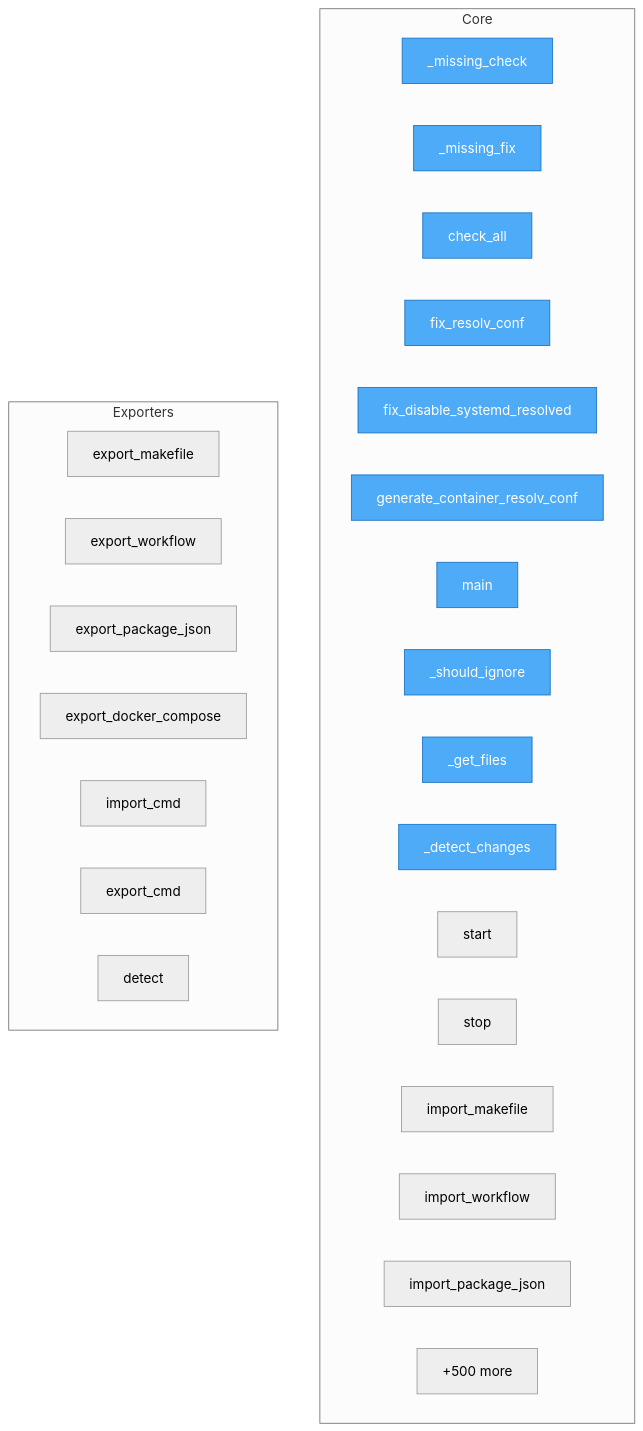
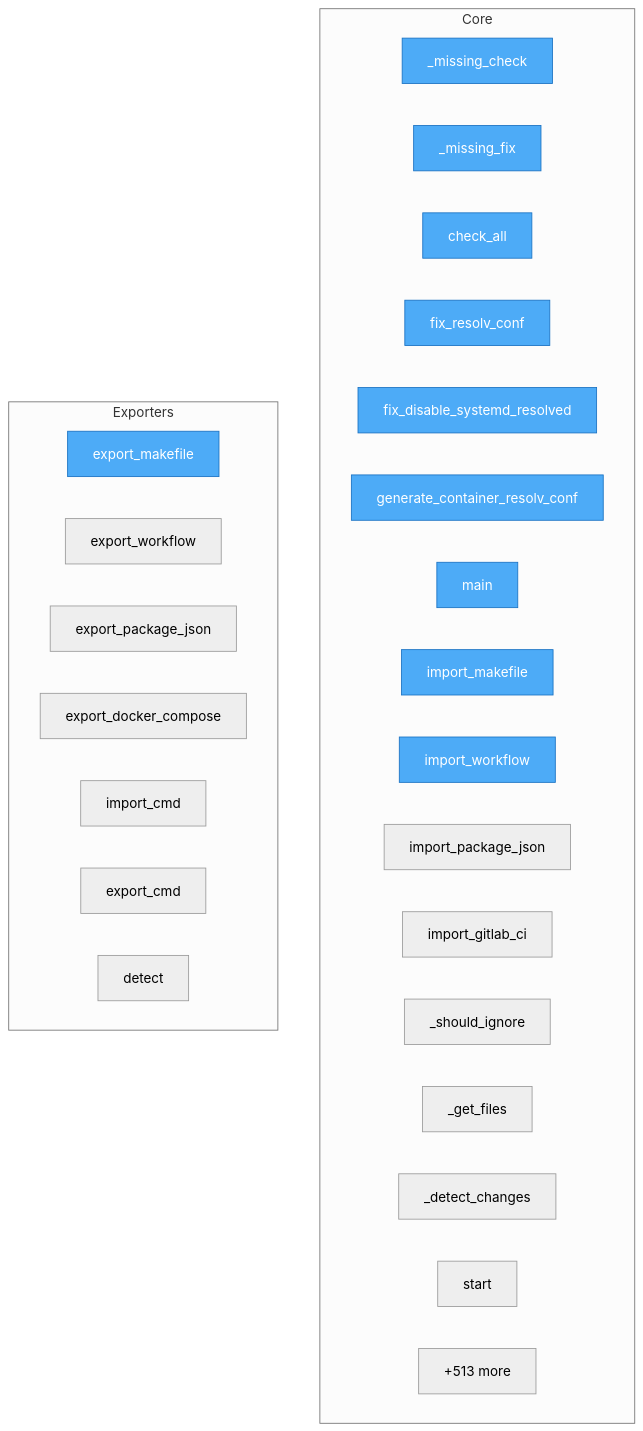
One commit to pyfunc/taskfile changed the diagram in project/flow.mmd. Above: the diagram before and after it, drawn with Mermaid (neutral theme). The commit also changed 21 other files, not shown here.

```diff
--- a/project/flow.mmd
+++ b/project/flow.mmd
@@ -1,35 +1,35 @@
 flowchart TD
 
     %% Entry points (blue)
     classDef entry fill:#4dabf7,stroke:#1971c2,color:#fff
 
     subgraph Core
         TODO___missing_check["_missing_check"]
         TODO___missing_fix["_missing_fix"]
         TODO__check_all["check_all"]
         TODO__dns__fix_resolv_conf["fix_resolv_conf"]
         TODO__dns__fix_disable_systemd_resolved["fix_disable_systemd_resolved"]
         TODO__dns__generate_container_resolv_conf["generate_container_resolv_conf"]
         TODO__src__fixop__cli__main["main"]
+        src__taskfile__converters__MakefileConverter__import_makefile["import_makefile"]
+        src__taskfile__converters__GitHubActionsConverter__import_workflow["import_workflow"]
+        src__taskfile__converters__NpmScriptsConverter__import_package_json["import_package_json"]
+        src__taskfile__converters__GitLabCIConverter__import_gitlab_ci["import_gitlab_ci"]
         src__taskfile__watch__FileWatcher___should_ignore["_should_ignore"]
         src__taskfile__watch__FileWatcher___get_files["_get_files"]
         src__taskfile__watch__FileWatcher___detect_changes["_detect_changes"]
         src__taskfile__watch__FileWatcher__start["start"]
-        src__taskfile__watch__FileWatcher__stop["stop"]
-        src__taskfile__converters__MakefileConverter__import_makefile["import_makefile"]
-        src__taskfile__converters__GitHubActionsConverter__import_workflow["import_workflow"]
-        src__taskfile__converters__NpmScriptsConverter__import_package_json["import_package_json"]
-        ...["+500 more"]
+        ...["+513 more"]
     end
 
     subgraph Exporters
         src__taskfile__converters__MakefileConverter__export_makefile["export_makefile"]
         src__taskfile__converters__GitHubActionsConverter__export_workflow["export_workflow"]
         src__taskfile__converters__NpmScriptsConverter__export_package_json["export_package_json"]
         src__taskfile__converters__DockerComposeConverter__export_docker_compose["export_docker_compose"]
         src__taskfile__cli__import_export__import_cmd["import_cmd"]
         src__taskfile__cli__import_export__export_cmd["export_cmd"]
         src__taskfile__cli__import_export__detect["detect"]
     end
 
-    class TODO___missing_check,TODO___missing_fix,TODO__check_all,TODO__dns__fix_resolv_conf,TODO__dns__fix_disable_systemd_resolved,TODO__dns__generate_container_resolv_conf,TODO__src__fixop__cli__main,src__taskfile__watch__FileWatcher___should_ignore,src__taskfile__watch__FileWatcher___get_files,src__taskfile__watch__FileWatcher___detect_changes entry
+    class TODO___missing_check,TODO___missing_fix,TODO__check_all,TODO__dns__fix_resolv_conf,TODO__dns__fix_disable_systemd_resolved,TODO__dns__generate_container_resolv_conf,TODO__src__fixop__cli__main,src__taskfile__converters__MakefileConverter__import_makefile,src__taskfile__converters__MakefileConverter__export_makefile,src__taskfile__converters__GitHubActionsConverter__import_workflow entry
```
